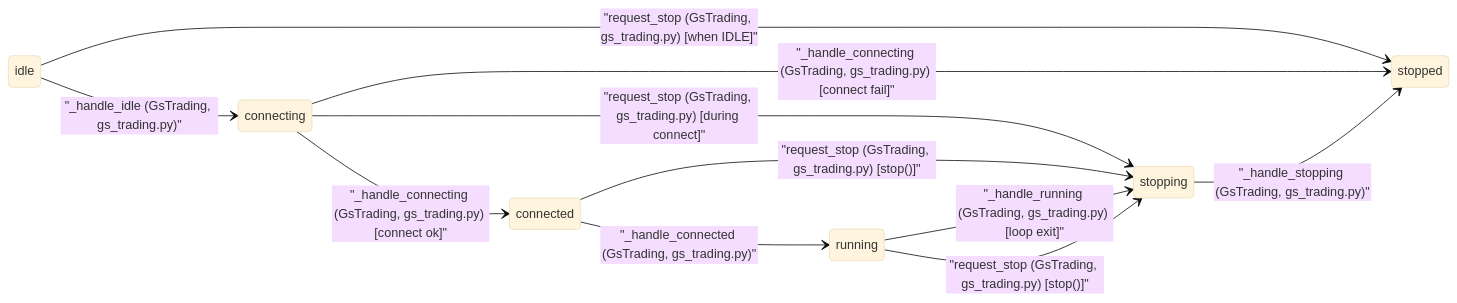
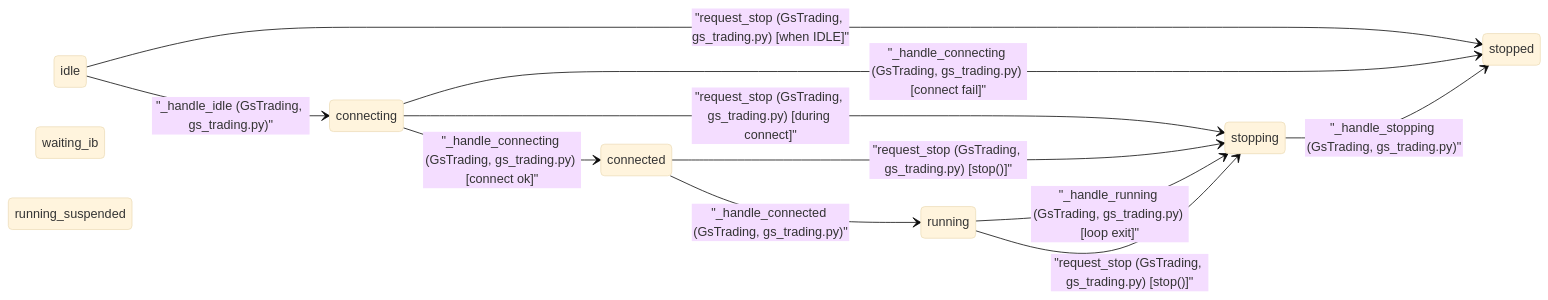
One commit to weitingzhao/bifrost-trader-engine changed the diagram in docs/fsm/daemon.md. Above: the diagram before and after it, drawn with Mermaid (base theme). The commit also changed 23 other files, not shown here.

````diff
--- a/docs/fsm/daemon.md
+++ b/docs/fsm/daemon.md
@@ -10,22 +10,24 @@
 ```mermaid
 stateDiagram-v2
     direction LR
 
     idle
     connecting
+    waiting_ib
     connected
     running
+    running_suspended
     stopping
     stopped
 
     idle --> connecting : "_handle_idle (GsTrading, gs_trading.py)"
     idle --> stopped : "request_stop (GsTrading, gs_trading.py) [when IDLE]"
     connecting --> connected : "_handle_connecting (GsTrading, gs_trading.py) [connect ok]"
     connecting --> stopped : "_handle_connecting (GsTrading, gs_trading.py) [connect fail]"
     connecting --> stopping : "request_stop (GsTrading, gs_trading.py) [during connect]"
     connected --> running : "_handle_connected (GsTrading, gs_trading.py)"
     connected --> stopping : "request_stop (GsTrading, gs_trading.py) [stop()]"
     running --> stopping : "_handle_running (GsTrading, gs_trading.py) [loop exit]"
     running --> stopping : "request_stop (GsTrading, gs_trading.py) [stop()]"
     stopping --> stopped : "_handle_stopping (GsTrading, gs_trading.py)"
 ```
````
